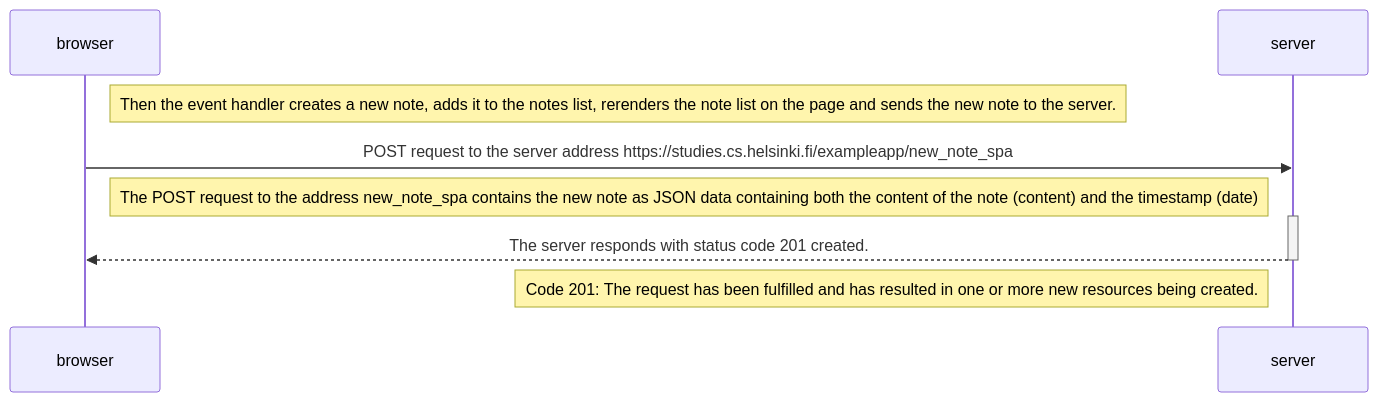
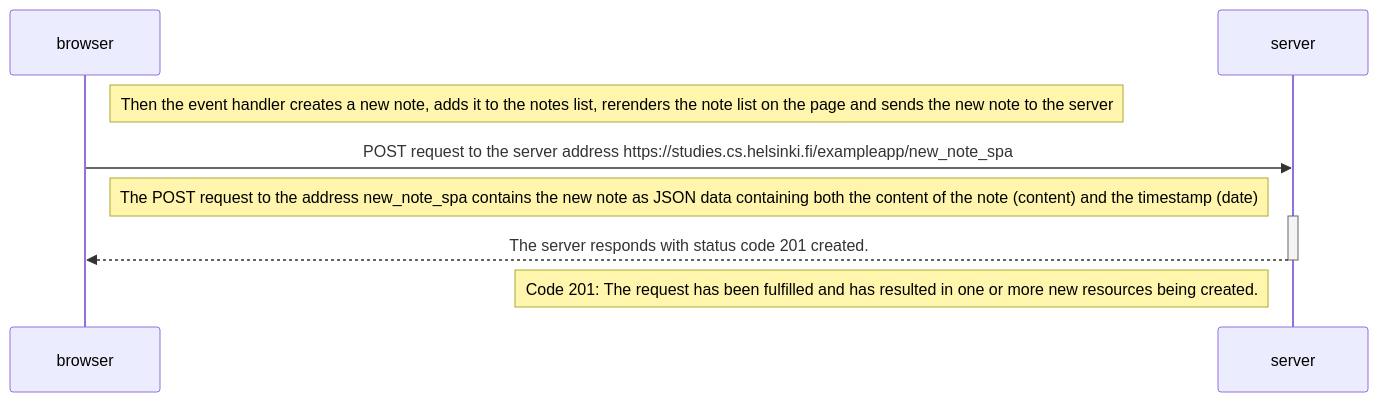
Before and after one commit to Rizz071/Fullstackopen: the diagram in part0/0.6: New note in Single page app diagram.md, drawn with Mermaid.

Commit message:
Update 0.6: New note in Single page app diagram.md

````diff
--- a/part0/0.6: New note in Single page app diagram.md
+++ b/part0/0.6: New note in Single page app diagram.md
@@ -1,13 +1,16 @@
 ```mermaid
 sequenceDiagram
     participant browser
     participant server
 
-    Note right of browser: Then the event handler creates a new note, adds it to the notes list, rerenders the note list on the page and sends the new note to the server.    
+    Note right of browser: Then the event handler creates a new note, adds it to the notes list, rerenders the note list on the page and sends the new note to the server    
     browser->>server: POST request to the server address https://studies.cs.helsinki.fi/exampleapp/new_note_spa
+
     Note right of browser: The POST request to the address new_note_spa contains the new note as JSON data containing both the content of the note (content) and the timestamp (date)
+
     activate server
     server-->>browser: The server responds with status code 201 created.
     deactivate server
+
     Note left of server: Code 201: The request has been fulfilled and has resulted in one or more new resources being created.
 ```
````
